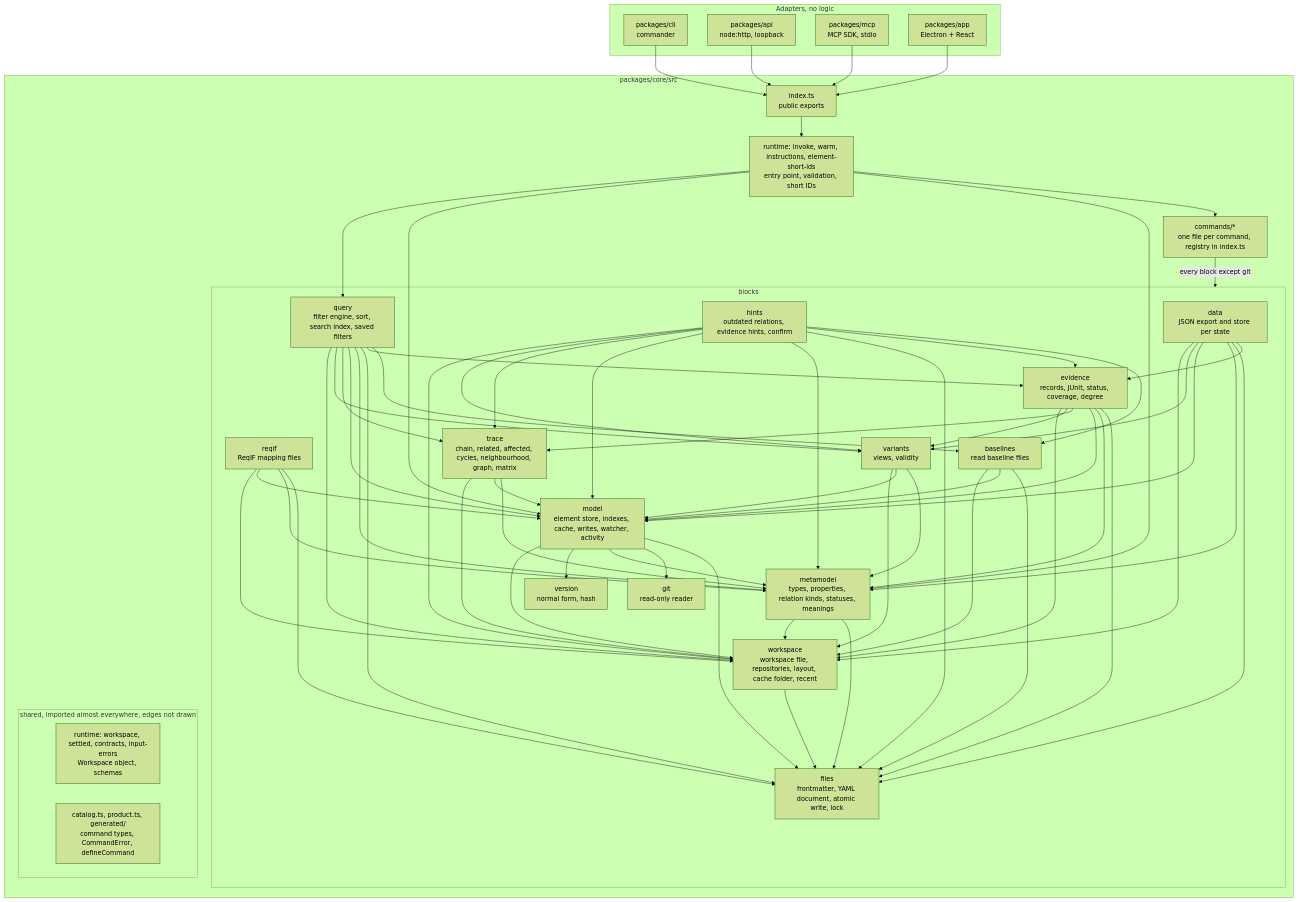
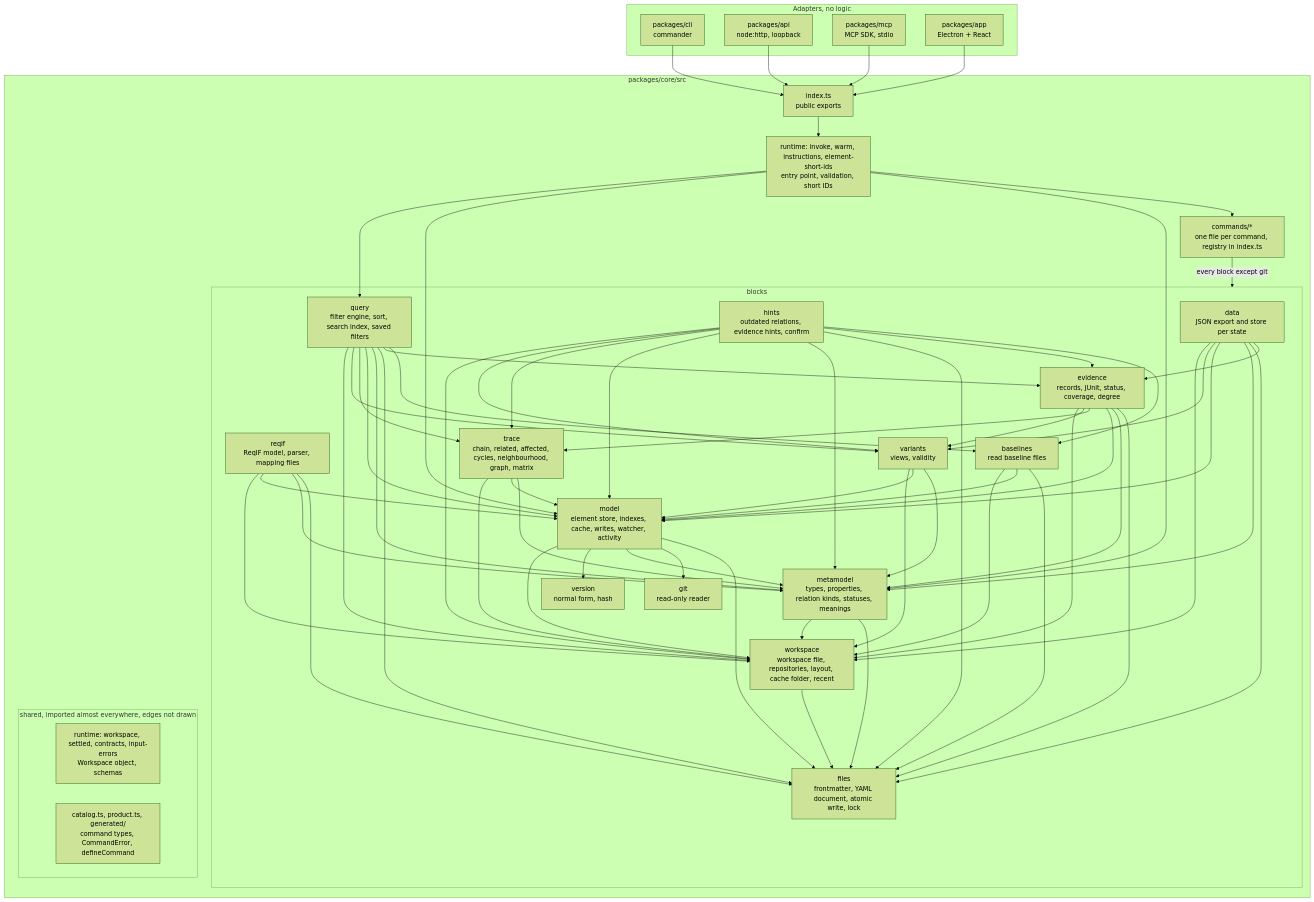
Before and after one commit to ThomasBirkmaier/ReqSeq: the second of 4 diagrams in docs/architecture/README.md, drawn with Mermaid (forest theme). The commit also changed other lines of this file and 7 other files, not shown here.

First line of the commit message:
enabler: ReqIF 1.2 model and parser (#531)

````diff
--- a/docs/architecture/README.md
+++ b/docs/architecture/README.md
@@ -86,49 +86,49 @@
 ```mermaid
 flowchart TB
   subgraph adapters[Adapters, no logic]
     cli[packages/cli<br/>commander]
     api[packages/api<br/>node:http, loopback]
     mcp[packages/mcp<br/>MCP SDK, stdio]
     app[packages/app<br/>Electron + React]
   end
   subgraph core[packages/core/src]
     index[index.ts<br/>public exports]
     entry[runtime: invoke, warm, instructions, element-short-ids<br/>entry point, validation, short IDs]
     commands[commands/*<br/>one file per command, registry in index.ts]
     subgraph blocks[blocks]
       data[data<br/>JSON export and store per state]
-      reqif[reqif<br/>ReqIF mapping files]
+      reqif[reqif<br/>ReqIF model, parser, mapping files]
       query[query<br/>filter engine, sort, search index, saved filters]
       hints[hints<br/>outdated relations, evidence hints, confirm]
       evidence[evidence<br/>records, JUnit, status, coverage, degree]
       trace[trace<br/>chain, related, affected, cycles, neighbourhood, graph, matrix]
       variants[variants<br/>views, validity]
       baselines[baselines<br/>read baseline files]
       model[model<br/>element store, indexes, cache, writes, watcher, activity]
       mm[metamodel<br/>types, properties, relation kinds, statuses, meanings]
       ws[workspace<br/>workspace file, repositories, layout, cache folder, recent]
       files[files<br/>frontmatter, YAML document, atomic write, lock]
       version[version<br/>normal form, hash]
       git[git<br/>read-only reader]
     end
     subgraph shared[shared, imported almost everywhere, edges not drawn]
       state[runtime: workspace, settled, contracts, input-errors<br/>Workspace object, schemas]
       catalog[catalog.ts, product.ts, generated/<br/>command types, CommandError, defineCommand]
     end
   end
   cli & api & mcp & app --> index
   index --> entry
   entry --> commands & mm & model & query
   commands -->|every block except git| blocks
   data --> evidence & files & mm & model & variants & ws
   reqif --> files & mm & model & ws
   query --> baselines & evidence & files & mm & model & trace & variants & ws
   hints --> baselines & evidence & files & mm & model & trace & variants & ws
   evidence --> files & mm & model & trace & variants & ws
   trace --> mm & model & ws
   variants --> mm & model & ws
   baselines --> files & model & ws
   model --> files & git & mm & version & ws
   mm --> files & ws
   ws --> files
 ```
````
